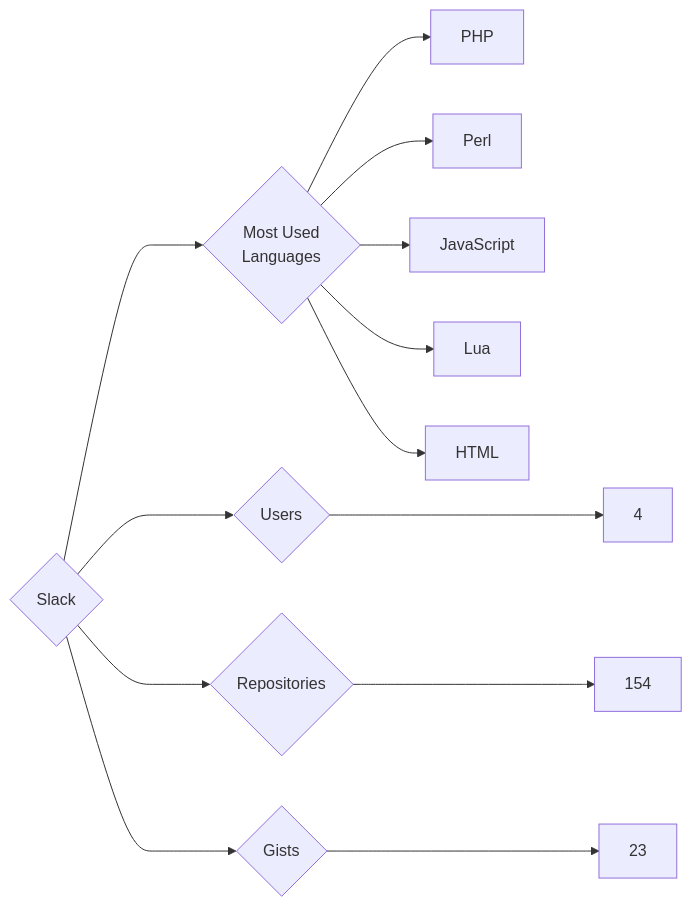
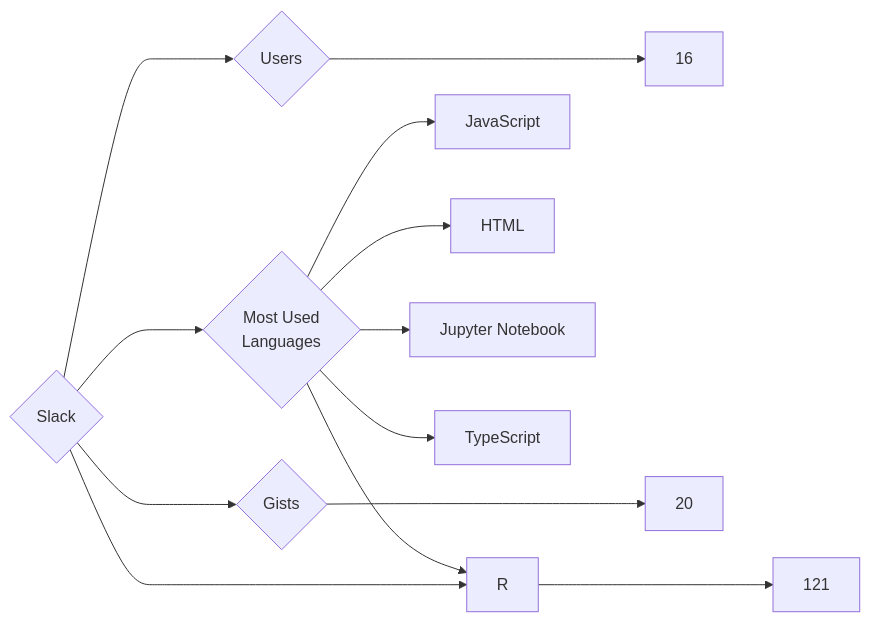
One commit to trickest/insiders changed the diagram in targets/Slack/README.md. Above: the diagram before and after it, drawn with Mermaid. The commit also changed 953 other files, not shown here.

````diff
--- a/targets/Slack/README.md
+++ b/targets/Slack/README.md
@@ -3,13 +3,13 @@
 ```mermaid
 graph LR
 COMPANY_NAME{Slack}
-COMPANY_NAME ---> U{Users} ---> UN[4]
-COMPANY_NAME ---> R{Repositories} ---> RN[154]
-COMPANY_NAME ---> G{Gists} ---> GN[23]
+COMPANY_NAME ---> U{Users} ---> UN[16]
+COMPANY_NAME ---> R{Repositories} ---> RN[121]
+COMPANY_NAME ---> G{Gists} ---> GN[20]
 COMPANY_NAME ---> ML{Most Used<br>Languages}
-ML --> PHP[PHP]
-ML --> Perl[Perl]
 ML --> JavaScript[JavaScript]
-ML --> Lua[Lua]
 ML --> HTML[HTML]
+ML --> Jupyter_Notebook[Jupyter Notebook]
+ML --> R[R]
+ML --> TypeScript[TypeScript]
 ```
````
